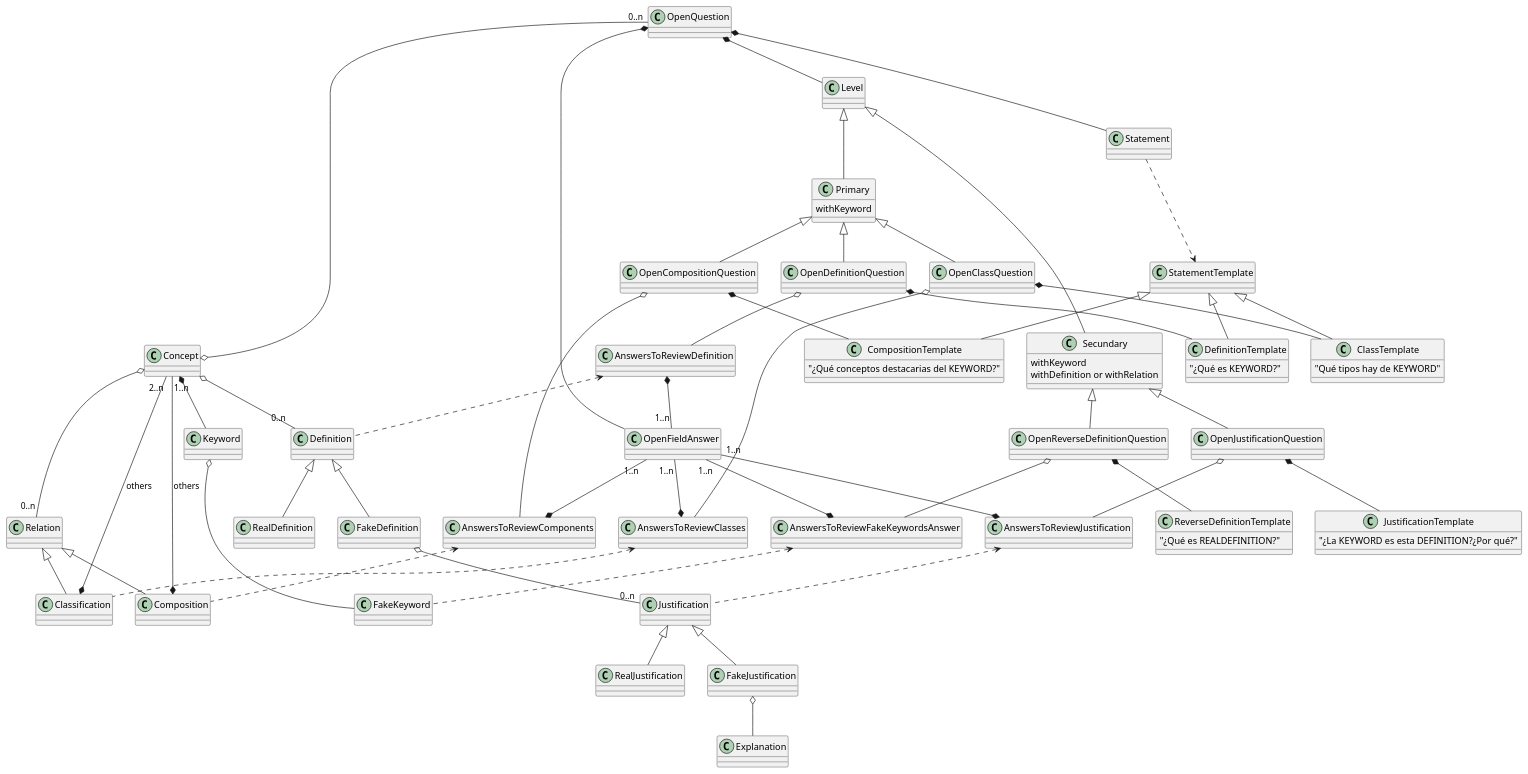
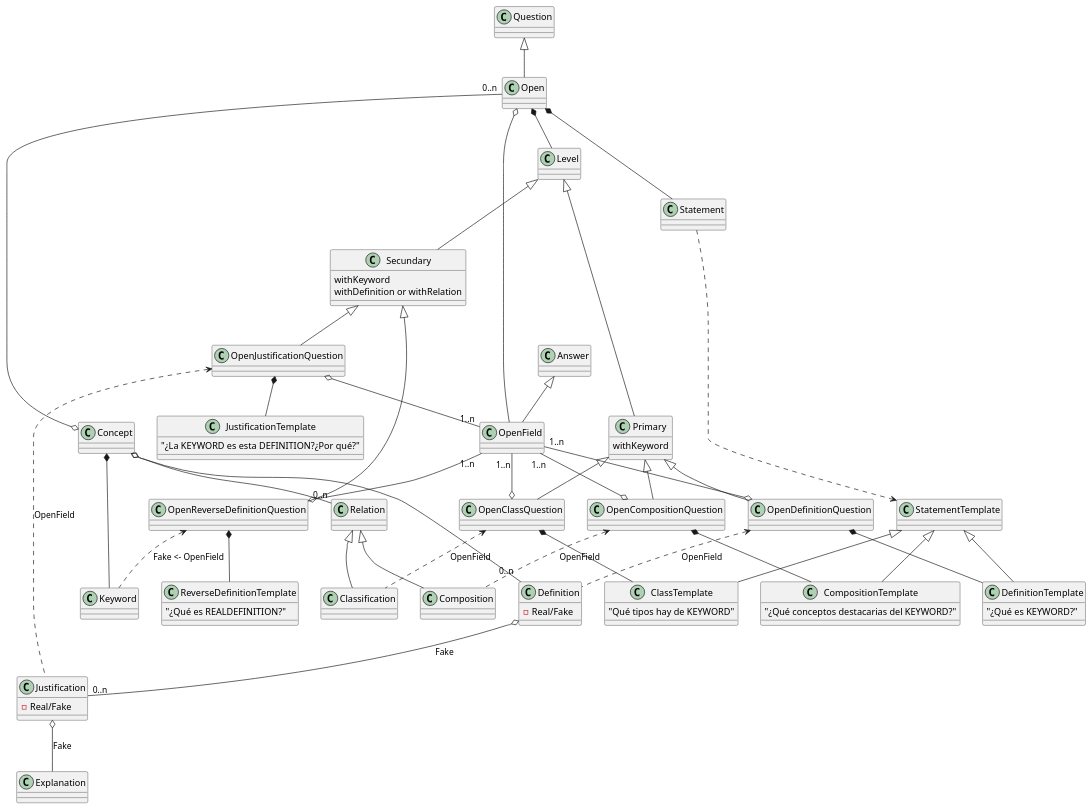
One commit to Joselon/ProyectoOpoTest changed the diagram in doc/dominio_detail_concept.puml. Above: the diagram before and after it, drawn with PlantUML. The commit also changed other lines of this file and 5 other files, not shown here.

```diff
--- a/doc/dominio_detail_concept.puml
+++ b/doc/dominio_detail_concept.puml
@@ -1,150 +1,127 @@
 @startuml ConceptDomainDetail
 
 class Concept
 
 class Keyword
 
-class FakeKeyword
+class Definition {
+    -Real/Fake
+}
 
-class Definition
-
-class RealDefinition
-
-class FakeDefinition
-
-class Justification
-
-class RealJustification
-
-class FakeJustification
+class Justification {
+    -Real/Fake
+}
 
 class Explanation
 
 class Relation
 
 class Classification
 
 class Composition
 
 class Level
 
 class Primary {
     withKeyword
 }
 
 class Secundary {
     withKeyword
     withDefinition or withRelation
 }
 
-class OpenDefinitionQuestion 
+class OpenDefinitionQuestion
 
 class OpenClassQuestion
 
-class OpenCompositionQuestion 
+class OpenCompositionQuestion
 
 class OpenReverseDefinitionQuestion
 
 class OpenJustificationQuestion
 
-class OpenQuestion
+class Question
+
+class Open
 
 class Statement
 
 class StatementTemplate
 
 
 class DefinitionTemplate {
     "¿Qué es KEYWORD?"
 }
 
 class ClassTemplate {
     "Qué tipos hay de KEYWORD"
 }
 
 class CompositionTemplate {
- "¿Qué conceptos destacarias del KEYWORD?"
+    "¿Qué conceptos destacarias del KEYWORD?"
 }
 
 class JustificationTemplate {
- "¿La KEYWORD es esta DEFINITION?¿Por qué?"
+    "¿La KEYWORD es esta DEFINITION?¿Por qué?"
 }
 
 class ReverseDefinitionTemplate {
     "¿Qué es REALDEFINITION?"
 }
 
-class OpenFieldAnswer
+class Answer
 
-class AnswersToReviewDefinition
+class OpenField
 
-class AnswersToReviewJustification  
-
-class AnswersToReviewFakeKeywordsAnswer
-
-class AnswersToReviewClasses 
-
-OpenQuestion "0..n" -o Concept
-OpenQuestion *-- OpenFieldAnswer
+Question <|-- Open
+Open "0..n" -o Concept
+Answer <|-- OpenField
+Open o-- OpenField
+Open *-- Level
+Open *-- Statement
+Statement ..> StatementTemplate
 
 Concept *-- Keyword
-
 Concept o--"0..n" Definition
-Definition <|-- RealDefinition
-Definition <|-- FakeDefinition
-FakeDefinition o-- "0..n" Justification
-Justification <|-- RealJustification
-Justification <|-- FakeJustification
-FakeJustification o-- Explanation
+Definition o-- "0..n" Justification:Fake
+Justification o-- Explanation:Fake
 
 Concept o-- "0..n" Relation
 Relation <|-- Classification
 Relation <|-- Composition
-'CONSULTAR SENTIDO DE RELACION A OTROS CONCEPTOS
-Classification *-- "2..n" Concept: others
-Composition *-- "1..n" Concept: others
-
-
-OpenQuestion *-- Level
-OpenQuestion *-- Statement
-Statement ..> StatementTemplate
+'Relation -->"1..m" Concept
 
 Level <|-- Primary
 Level <|-- Secundary
 
 StatementTemplate <|-- DefinitionTemplate
 StatementTemplate <|-- ClassTemplate
 StatementTemplate <|-- CompositionTemplate
 
 Primary <|-- OpenDefinitionQuestion
 OpenDefinitionQuestion *-- DefinitionTemplate
-OpenDefinitionQuestion o-- AnswersToReviewDefinition
-AnswersToReviewDefinition *-- "1..n" OpenFieldAnswer
-AnswersToReviewDefinition <.. Definition
+OpenField "1..n" --o OpenDefinitionQuestion
+OpenDefinitionQuestion <.. Definition: OpenField
 
 Primary <|-- OpenClassQuestion
 OpenClassQuestion *-- ClassTemplate
-OpenClassQuestion o-- AnswersToReviewClasses
-OpenFieldAnswer "1..n"--* AnswersToReviewClasses
-AnswersToReviewClasses <.. Classification
+OpenField "1..n"--o OpenClassQuestion
+OpenClassQuestion <.. Classification :OpenField
 
 Primary <|-- OpenCompositionQuestion
 OpenCompositionQuestion *-- CompositionTemplate
-OpenCompositionQuestion o-- AnswersToReviewComponents
-OpenFieldAnswer "1..n"--* AnswersToReviewComponents
-AnswersToReviewComponents <.. Composition
+OpenField "1..n"--o OpenCompositionQuestion
+OpenCompositionQuestion <.. Composition :OpenField
 
 Secundary <|-- OpenReverseDefinitionQuestion
 OpenReverseDefinitionQuestion *-- ReverseDefinitionTemplate
-OpenReverseDefinitionQuestion o-- AnswersToReviewFakeKeywordsAnswer
-OpenFieldAnswer "1..n"--* AnswersToReviewFakeKeywordsAnswer 
-AnswersToReviewFakeKeywordsAnswer <.. FakeKeyword
-Keyword o--- FakeKeyword
+OpenField "1..n" --o OpenReverseDefinitionQuestion
+OpenReverseDefinitionQuestion <.. Keyword :Fake <- OpenField
 
 Secundary <|-- OpenJustificationQuestion
 OpenJustificationQuestion *-- JustificationTemplate
-OpenJustificationQuestion o-- AnswersToReviewJustification
-OpenFieldAnswer "1..n"--* AnswersToReviewJustification
-AnswersToReviewJustification <.. Justification
+OpenJustificationQuestion o--"1..n" OpenField
+OpenJustificationQuestion <.. Justification :OpenField
 
 @enduml
```
